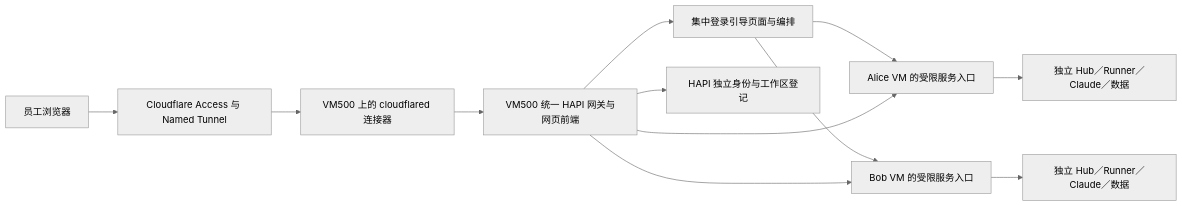
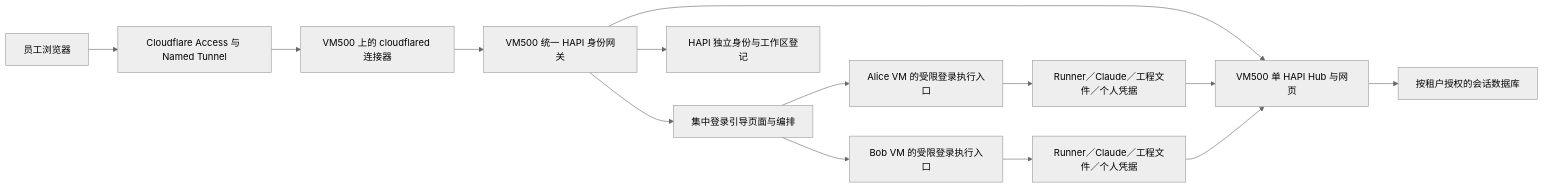
One commit to blue126/IaC changed the diagram in docs/architecture/hapi-workspace-provisioning.md. Above: the diagram before and after it, drawn with Mermaid (neutral theme). The commit also changed other lines of this file and 48 other files, not shown here.

Commit message:
feat(hapi): centralize Hub tenancy and preserve workspace sessions

````diff
--- a/docs/architecture/hapi-workspace-provisioning.md
+++ b/docs/architecture/hapi-workspace-provisioning.md
@@ -34,14 +36,16 @@
 ```mermaid
 flowchart LR
     U[员工浏览器] --> C[Cloudflare Access 与 Named Tunnel]
     C --> T[VM500 上的 cloudflared 连接器]
-    T --> G[VM500 统一 HAPI 网关与网页前端]
+    T --> G[VM500 统一 HAPI 身份网关]
+    G --> H[VM500 单 HAPI Hub 与网页]
+    H --> D[按租户授权的会话数据库]
     G --> L[集中登录引导页面与编排]
     G --> R[HAPI 独立身份与工作区登记]
     L --> A
     L --> B
-    G --> A[Alice VM 的受限服务入口]
-    G --> B[Bob VM 的受限服务入口]
-    A --> AH[独立 Hub／Runner／Claude／数据]
-    B --> BH[独立 Hub／Runner／Claude／数据]
+    A[Alice VM 的受限登录执行入口] --> AH[Runner／Claude／工程文件／个人凭据]
+    B[Bob VM 的受限登录执行入口] --> BH[Runner／Claude／工程文件／个人凭据]
+    AH --> H
+    BH --> H
 ```
````
